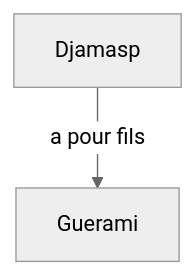
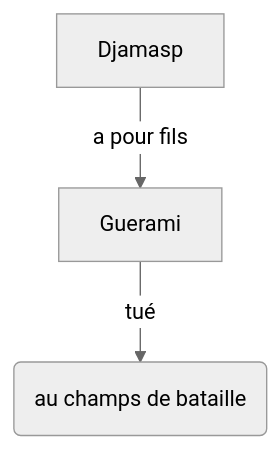
One commit to hdorgeval/le-livre-des-rois changed the diagram in src/graphs/djamasp/djamasp.mmd. Above: the diagram before and after it, drawn with Mermaid (neutral theme). The commit also changed 3 other files, not shown here.

```diff
--- a/src/graphs/djamasp/djamasp.mmd
+++ b/src/graphs/djamasp/djamasp.mmd
@@ -1,2 +1,3 @@
 graph TD
 Djamasp --a pour fils--> Guerami
+Guerami --tué --> B(au champs de bataille)
```
